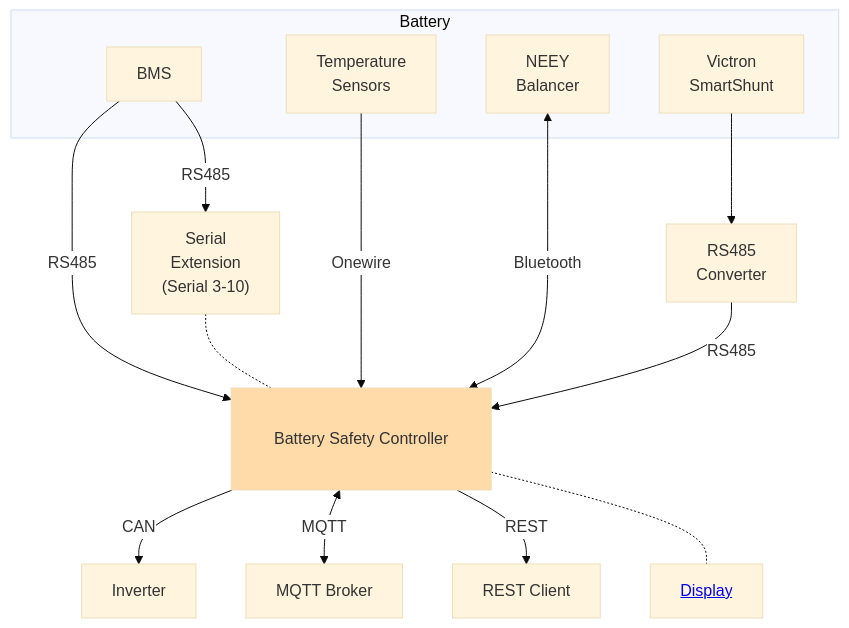
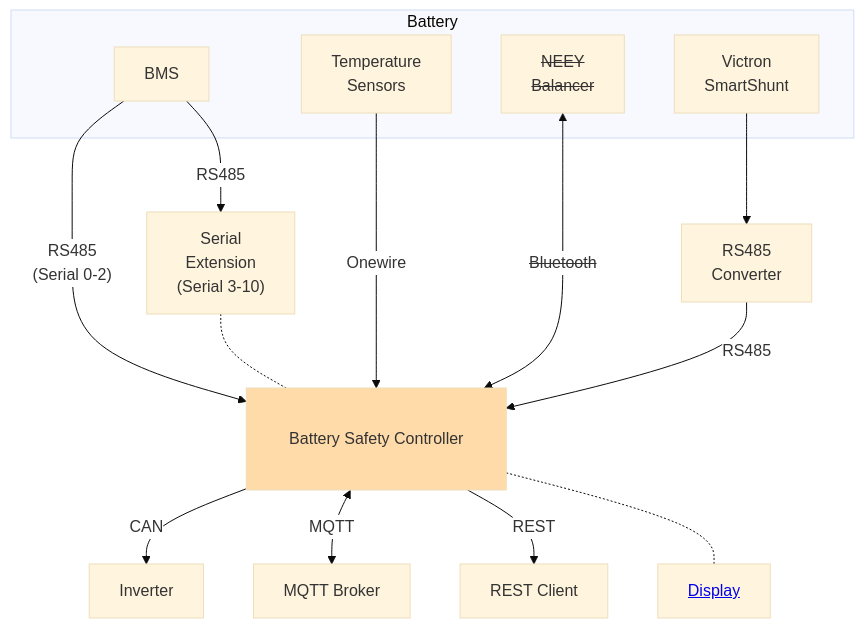
The diagram in docs/system_overview.md (bsc-org/bsc), drawn with Mermaid before and after one commit. The commit also changed other lines of this file, not shown here.

````diff
--- a/docs/system_overview.md
+++ b/docs/system_overview.md
@@ -4,32 +4,32 @@
 ```mermaid
 %%{init: {
     'theme': 'base', 
     'themeVariables': { 'fontSize': '16px', 'fontFamily': 'Arial', 'edgeLabelBackground': 'white'}
 }}%%
 
 
 flowchart TD
-    BMS[BMS] -- "RS485" --> BSC[Serial 0-2]
+    BMS[BMS] -- "RS485<br>(Serial 0-2)" --> BSC
     TEMP_SENSOR[Temperature<br>Sensors] -- Onewire --> BSC
-    NEEY[NEEY<br>Balancer] <-- Bluetooth --> BSC[Bluetooth]
+    NEEY[<s>NEEY<br>Balancer</s>] <-- <s>Bluetooth</s> --> BSC
     VICTRON_SHUNT[Victron<br>SmartShunt] --> VICTRON_SHUNT_CONV[RS485<br>Converter] -- RS485 --> BSC
     BSC -- CAN --> CAN[Inverter]
-    BSC[MQTT] <-- MQTT --> MQTT_BROKER[MQTT Broker]
-    BSC[REST API] -- REST --> REST[REST Client]
+    BSC <-- MQTT --> MQTT_BROKER[MQTT Broker]
+    BSC -- REST --> REST[REST Client]
 
-    BSC[Extension<br>Interface] -.- E1[<a href='hardware.md#bsc-display'>Display</a>]
+    BSC[Extension<br>Interface] -.- E1[<a href='../hardware#bsc-display'>Display</a>]
     SE["Serial<br>Extension<br>(Serial 3-10)"] -.- BSC
     BMS -- RS485 --> SE
 
     BSC[Battery Safety Controller]:::wide
     
     subgraph Battery  
         BMS
         TEMP_SENSOR
         NEEY
         VICTRON_SHUNT
     end
 
 classDef wide padding:200px
 style BSC fill:#ffdbaa 
 ```
````
